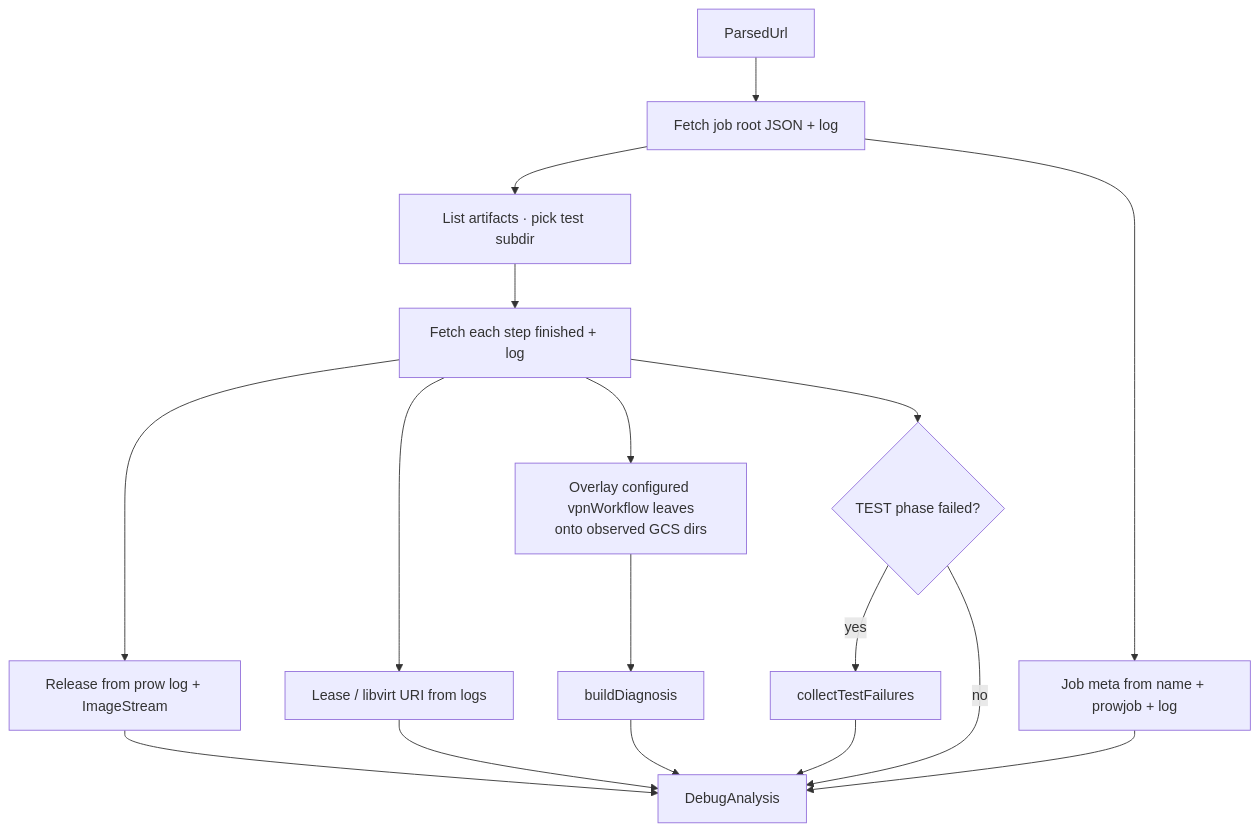
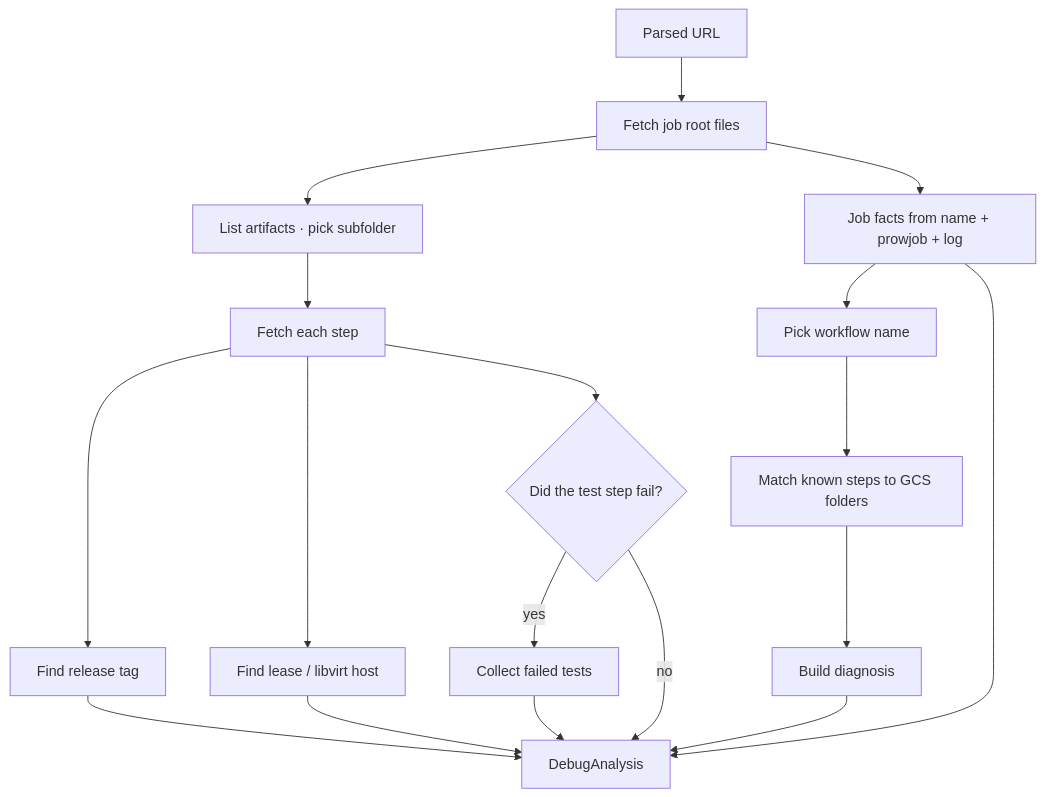
One commit to ibm-adarsh/ci-analyzer changed the ninth of 17 diagrams in ARCHITECTURE.md. Above: the diagram before and after it, drawn with Mermaid. The commit also changed other lines of this file and 7 other files, not shown here.

First line of the commit message:
Document architecture in plain language and cover inventory workflow analysis.

````diff
--- a/ARCHITECTURE.md
+++ b/ARCHITECTURE.md
@@ -101,19 +309,20 @@
 ```mermaid
 flowchart TB
-  IN[ParsedUrl] --> ROOT[Fetch job root JSON + log]
-  ROOT --> ART[List artifacts · pick test subdir]
-  ART --> STEPS[Fetch each step finished + log]
-  STEPS --> REL[Release from prow log + ImageStream]
-  STEPS --> LEASE[Lease / libvirt URI from logs]
-  ROOT --> META[Job meta from name + prowjob + log]
-  STEPS --> WF[Overlay configured vpnWorkflow leaves<br/>onto observed GCS dirs]
-  WF --> DIAG[buildDiagnosis]
-  STEPS --> JUNIT{TEST phase failed?}
-  JUNIT -->|yes| TF[collectTestFailures]
+  IN[Parsed URL] --> ROOT[Fetch job root files]
+  ROOT --> ART[List artifacts · pick subfolder]
+  ART --> STEPS[Fetch each step]
+  STEPS --> REL[Find release tag]
+  STEPS --> LEASE[Find lease / libvirt host]
+  ROOT --> META[Job facts from name + prowjob + log]
+  META --> WFNAME[Pick workflow name]
+  WFNAME --> WF[Match known steps to GCS folders]
+  WF --> DIAG[Build diagnosis]
+  STEPS --> JUNIT{Did the test step fail?}
+  JUNIT -->|yes| TF[Collect failed tests]
   JUNIT -->|no| OUT
   DIAG --> OUT[DebugAnalysis]
   REL --> OUT
   LEASE --> OUT
   META --> OUT
   TF --> OUT
 ```
````
